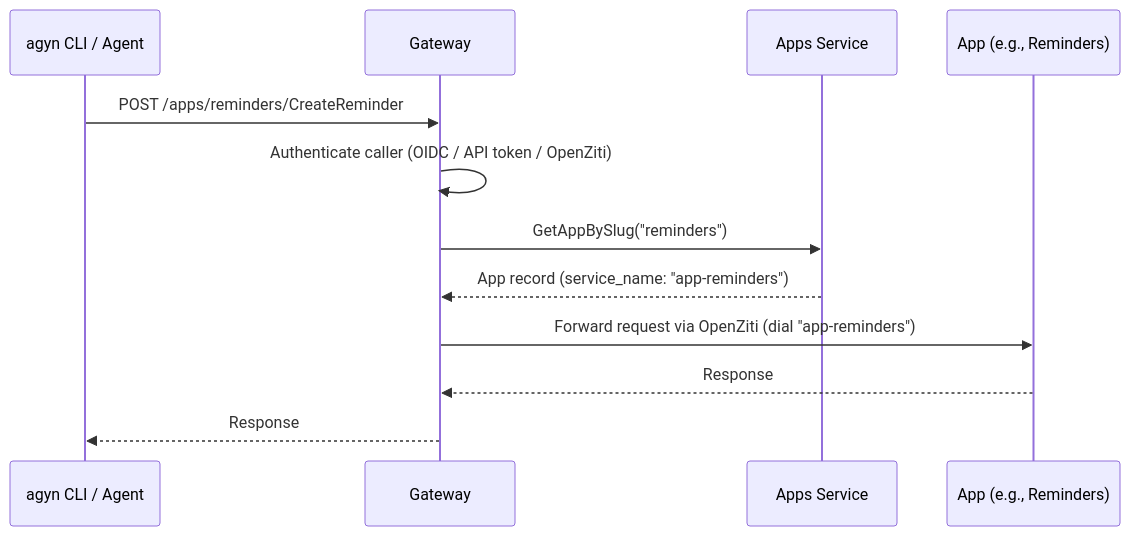
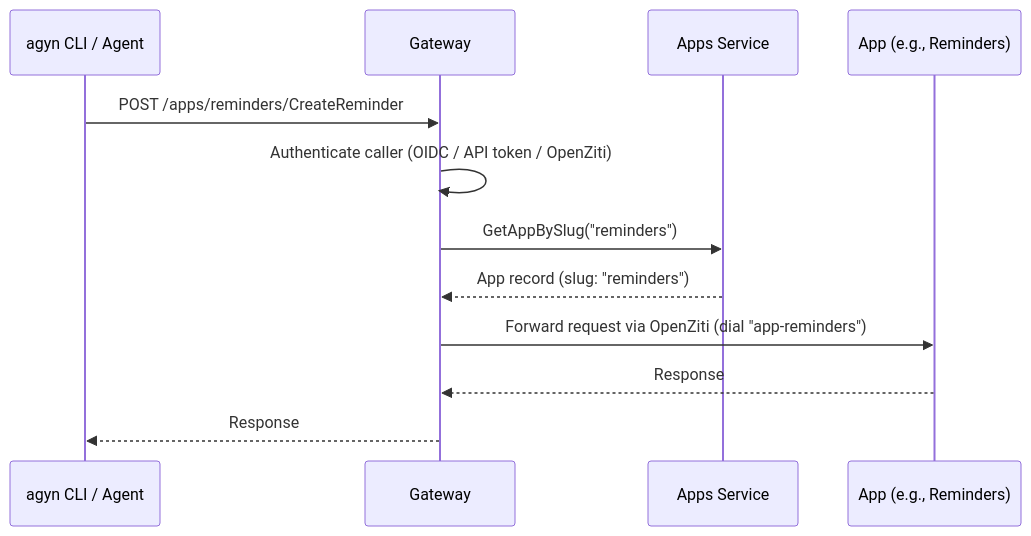
One commit to agynio/architecture changed the diagram in architecture/gateway.md. Above: the diagram before and after it, drawn with Mermaid. The commit also changed other lines of this file and 10 other files, not shown here.

````diff
--- a/architecture/gateway.md
+++ b/architecture/gateway.md
@@ -140,15 +140,15 @@
 ```mermaid
 sequenceDiagram
     participant C as agyn CLI / Agent
     participant GW as Gateway
     participant AS as Apps Service
     participant App as App (e.g., Reminders)
 
     C->>GW: POST /apps/reminders/CreateReminder
     GW->>GW: Authenticate caller (OIDC / API token / OpenZiti)
     GW->>AS: GetAppBySlug("reminders")
-    AS-->>GW: App record (service_name: "app-reminders")
+    AS-->>GW: App record (slug: "reminders")
     GW->>App: Forward request via OpenZiti (dial "app-reminders")
     App-->>GW: Response
     GW-->>C: Response
 ```
````
